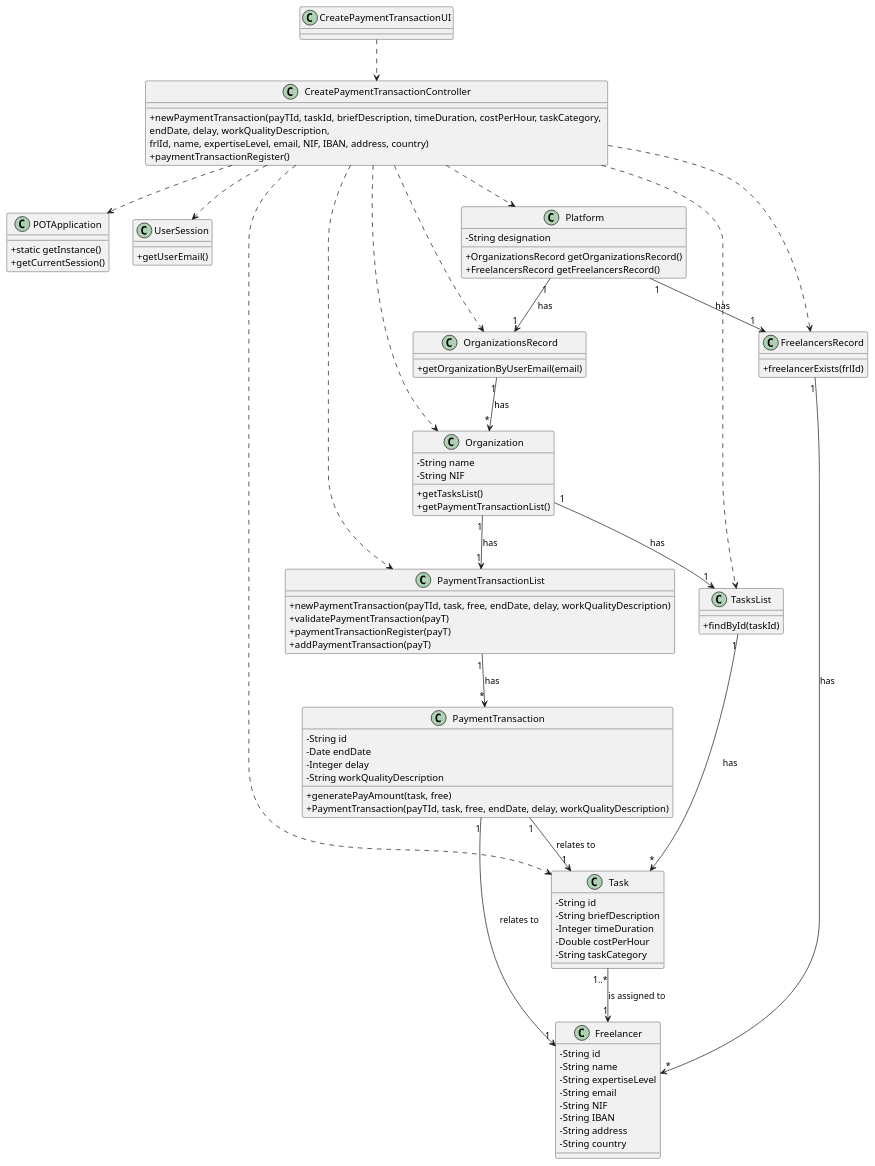
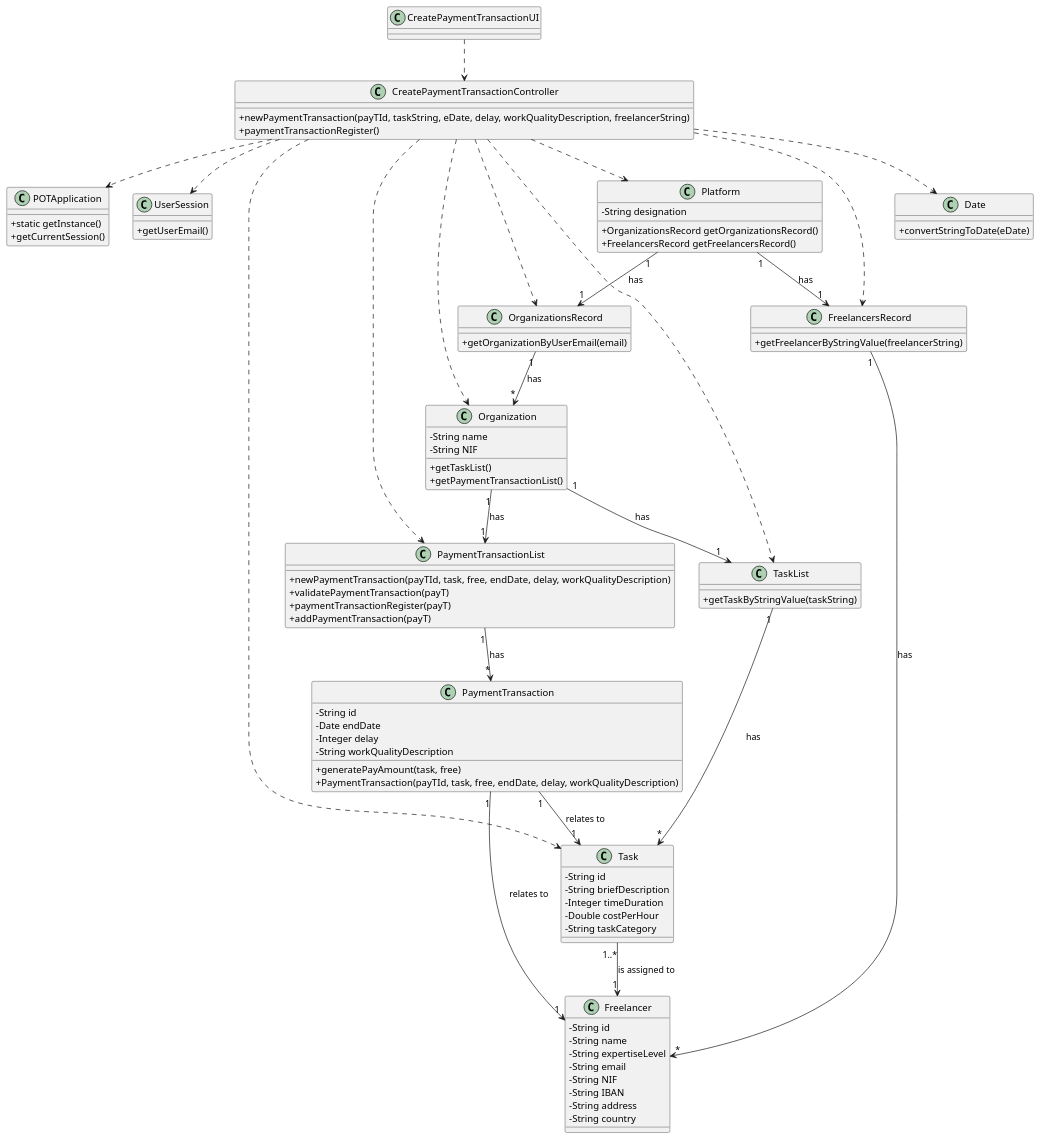
One commit to pedrolemos4/LAPR2 changed the diagram in docs/UC3 - Create Payment Transaction/UC3_CD.puml. Above: the diagram before and after it, drawn with PlantUML. The commit also changed 13 other files, not shown here.

```diff
--- a/docs/UC3 - Create Payment Transaction/UC3_CD.puml
+++ b/docs/UC3 - Create Payment Transaction/UC3_CD.puml
@@ -1,108 +1,113 @@
 @startuml
 skinparam classAttributeIconSize 0
 
 class POTApplication
 {
   +static getInstance()
   +getCurrentSession()
 }
 
 class UserSession
 {
   +getUserEmail()
 }
 
 class Task {
   -String id
   -String briefDescription
   -Integer timeDuration
   -Double costPerHour
   -String taskCategory
 }
 
 class Freelancer {
   -String id
   -String name
   -String expertiseLevel
   -String email
   -String NIF
   -String IBAN
   -String address
   -String country
 }
 
 class Organization {
   -String name
   -String NIF
-  +getTasksList()
+  +getTaskList()
   +getPaymentTransactionList()
   
 }
 
-class TasksList {
-  +findById(taskId)
+class TaskList {
+  +getTaskByStringValue(taskString)
 }
 
 class Platform {
   -String designation
   +OrganizationsRecord getOrganizationsRecord()
   +FreelancersRecord getFreelancersRecord()
 }
 
 class FreelancersRecord {
-  +freelancerExists(frlId)
+  +getFreelancerByStringValue(freelancerString)
 }
 
-class OrganizationsRecord  {
+class OrganizationsRecord {
   +getOrganizationByUserEmail(email)
 }
 
 class CreatePaymentTransactionController {
-  +newPaymentTransaction(payTId, taskId, briefDescription, timeDuration, costPerHour, taskCategory, \nendDate, delay, workQualityDescription, \nfrlId, name, expertiseLevel, email, NIF, IBAN, address, country)
+  +newPaymentTransaction(payTId, taskString, eDate, delay, workQualityDescription, freelancerString)
   +paymentTransactionRegister()
 }
 
 class CreatePaymentTransactionUI {
 }
 
 class PaymentTransaction{
   -String id
   -Date endDate
   -Integer delay
   -String workQualityDescription
   +generatePayAmount(task, free)
   +PaymentTransaction(payTId, task, free, endDate, delay, workQualityDescription)
 }
 
 class PaymentTransactionList{
   +newPaymentTransaction(payTId, task, free, endDate, delay, workQualityDescription)
   +validatePaymentTransaction(payT)
   +paymentTransactionRegister(payT)
   +addPaymentTransaction(payT)
 }
 
+class Date {
+ +convertStringToDate(eDate) 
+}
+
 CreatePaymentTransactionUI ..> CreatePaymentTransactionController
 CreatePaymentTransactionController ..> Platform
 CreatePaymentTransactionController ..> Task
 CreatePaymentTransactionController ..> Organization
 CreatePaymentTransactionController ..> POTApplication
 CreatePaymentTransactionController ..> UserSession
-CreatePaymentTransactionController ..> TasksList
+CreatePaymentTransactionController ..> TaskList
 CreatePaymentTransactionController ..> FreelancersRecord
 CreatePaymentTransactionController ..> OrganizationsRecord
 CreatePaymentTransactionController ..> PaymentTransactionList
+CreatePaymentTransactionController ..> Date
 Platform "1" --> "1" FreelancersRecord : has
 Platform "1" --> "1" OrganizationsRecord : has
 
 FreelancersRecord "1" --> "*" Freelancer : has
 OrganizationsRecord "1" --> "*" Organization : has
-Organization "1" --> "1" TasksList : has
+Organization "1" --> "1" TaskList : has
 Organization "1" --> "1" PaymentTransactionList : has
 PaymentTransactionList "1" --> "*" PaymentTransaction : has
-TasksList "1" --> "*" Task : has
+TaskList "1" --> "*" Task : has
 Task "1..*" --> "1" Freelancer : is assigned to
 
 PaymentTransaction "1" --> "1" Freelancer : relates to
 PaymentTransaction "1" --> "1" Task : relates to
 
 @enduml
```
